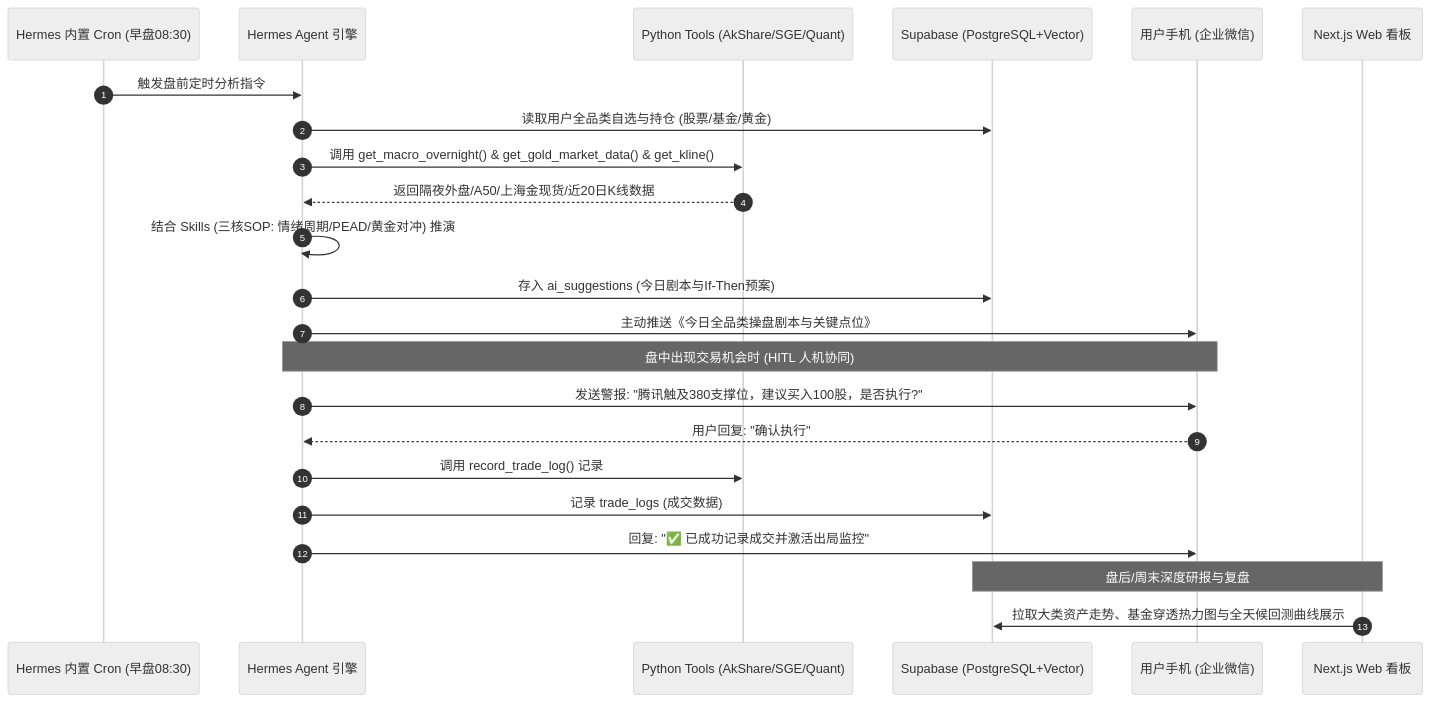
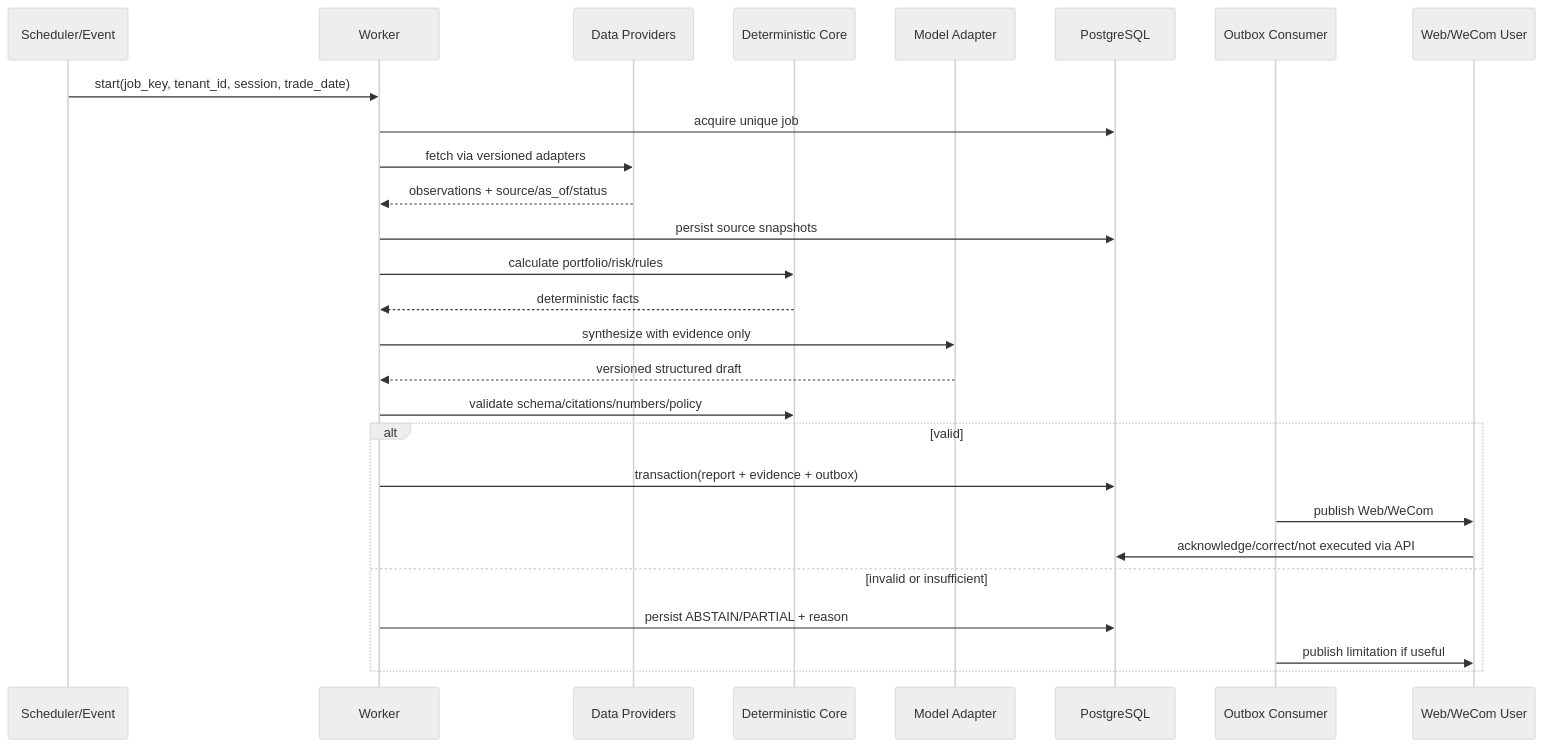
Before and after one commit to sinojelly/wealthsail: the second of 2 diagrams in docs/02.WealthSail投研平台全栈技术选型与架构评估.md, drawn with Mermaid (neutral theme). The commit also changed other lines of this file and 8 other files, not shown here.

First line of the commit message:
docs: restructure WealthSail product and architecture

````diff
--- a/docs/02.WealthSail投研平台全栈技术选型与架构评估.md
+++ b/docs/02.WealthSail投研平台全栈技术选型与架构评估.md
@@ -115,28 +145,30 @@
 ```mermaid
 sequenceDiagram
-    autonumber
-    participant NAS_Cron as Hermes 内置 Cron (早盘08:30)
-    participant Hermes as Hermes Agent 引擎
-    participant Tools as Python Tools (AkShare/SGE/Quant)
-    participant Supabase as Supabase (PostgreSQL+Vector)
-    participant WeCom as 用户手机 (企业微信)
-    participant Web as Next.js Web 看板
+    participant S as Scheduler/Event
+    participant W as Worker
+    participant D as Data Providers
+    participant C as Deterministic Core
+    participant M as Model Adapter
+    participant DB as PostgreSQL
+    participant O as Outbox Consumer
+    participant U as Web/WeCom User
 
-    NAS_Cron ->> Hermes: 触发盘前定时分析指令
-    Hermes ->> Supabase: 读取用户全品类自选与持仓 (股票/基金/黄金)
-    Hermes ->> Tools: 调用 get_macro_overnight() & get_gold_market_data() & get_kline()
-    Tools -->> Hermes: 返回隔夜外盘/A50/上海金现货/近20日K线数据
-    Hermes ->> Hermes: 结合 Skills (三核SOP: 情绪周期/PEAD/黄金对冲) 推演
-    Hermes ->> Supabase: 存入 ai_suggestions (今日剧本与If-Then预案)
-    Hermes ->> WeCom: 主动推送《今日全品类操盘剧本与关键点位》
-    
-    Note over WeCom, Hermes: 盘中出现交易机会时 (HITL 人机协同)
-    Hermes ->> WeCom: 发送警报: "腾讯触及380支撑位，建议买入100股，是否执行?"
-    WeCom -->> Hermes: 用户回复: "确认执行"
-    Hermes ->> Tools: 调用 record_trade_log() 记录
-    Hermes ->> Supabase: 记录 trade_logs (成交数据)
-    Hermes ->> WeCom: 回复: "✅ 已成功记录成交并激活出局监控"
-
-    Note over Web, Supabase: 盘后/周末深度研报与复盘
-    Web ->> Supabase: 拉取大类资产走势、基金穿透热力图与全天候回测曲线展示
+    S->>W: start(job_key, tenant_id, session, trade_date)
+    W->>DB: acquire unique job
+    W->>D: fetch via versioned adapters
+    D-->>W: observations + source/as_of/status
+    W->>DB: persist source snapshots
+    W->>C: calculate portfolio/risk/rules
+    C-->>W: deterministic facts
+    W->>M: synthesize with evidence only
+    M-->>W: versioned structured draft
+    W->>C: validate schema/citations/numbers/policy
+    alt valid
+        W->>DB: transaction(report + evidence + outbox)
+        O->>U: publish Web/WeCom
+        U->>DB: acknowledge/correct/not executed via API
+    else invalid or insufficient
+        W->>DB: persist ABSTAIN/PARTIAL + reason
+        O->>U: publish limitation if useful
+    end
 ```
````
